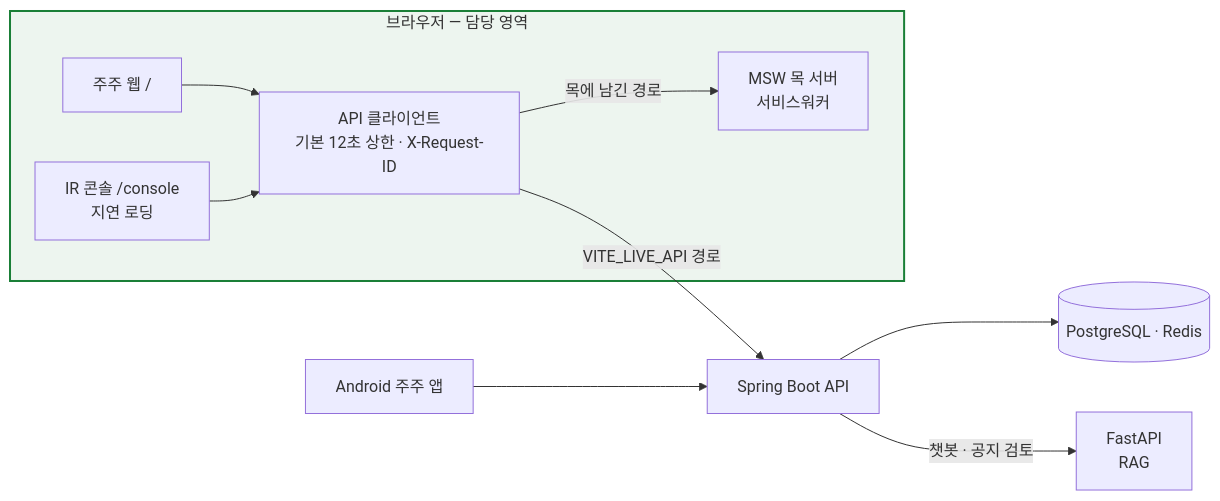
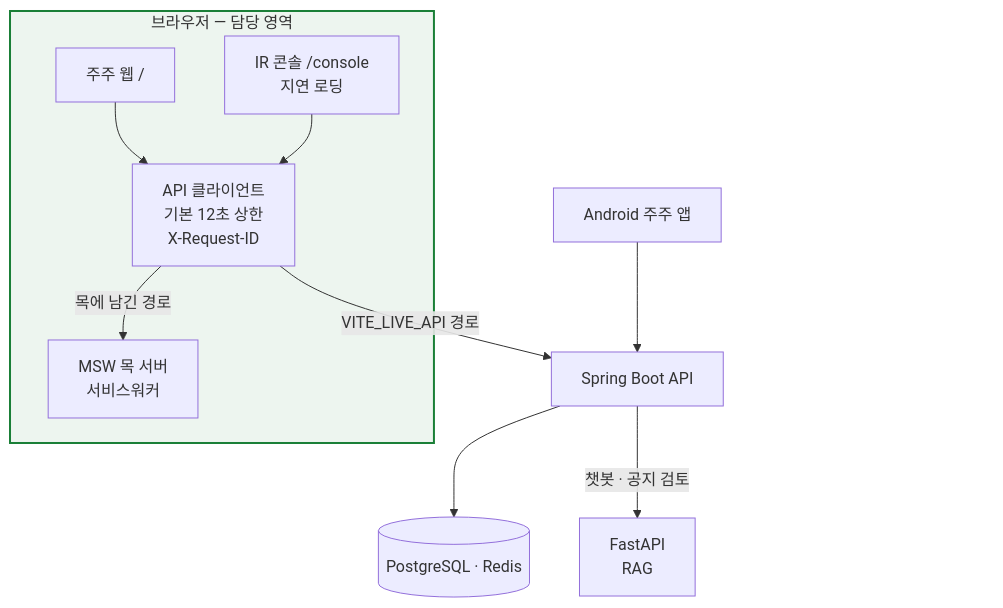
The first of 3 diagrams in README.md (handongin1500/handongin1500), drawn with Mermaid before and after one commit. The commit also changed other lines of this file, not shown here.

First line of the commit message:
README: 검토 반영 — 구조도 배치, 휴대폰 줄바꿈, 표 정렬, 공지 문맥 검토 줄

````diff
--- a/README.md
+++ b/README.md
@@ -213,17 +213,19 @@
 ```mermaid
-flowchart LR
+flowchart TB
   subgraph Browser["브라우저 — 담당 영역"]
     SH["주주 웹 /"]
     CO["IR 콘솔 /console<br/>지연 로딩"]
-    CL["API 클라이언트<br/>기본 12초 상한 · X-Request-ID"]
+    CL["API 클라이언트<br/>기본 12초 상한<br/>X-Request-ID"]
     MSW["MSW 목 서버<br/>서비스워커"]
     SH --> CL
     CO --> CL
     CL -->|"목에 남긴 경로"| MSW
   end
   CL -->|"VITE_LIVE_API 경로"| BE["Spring Boot API"]
   BE --> DB[("PostgreSQL · Redis")]
   BE -->|"챗봇 · 공지 검토"| AI["FastAPI<br/>RAG"]
   AND["Android 주주 앱"] --> BE
   style Browser fill:#1A7F3714,stroke:#1A7F37,stroke-width:2px
+  BE ~~~ PAD["⠀⠀⠀⠀⠀⠀⠀⠀⠀⠀⠀⠀⠀⠀⠀⠀"]
+  style PAD fill:transparent,stroke:transparent,color:transparent
 ```
````
